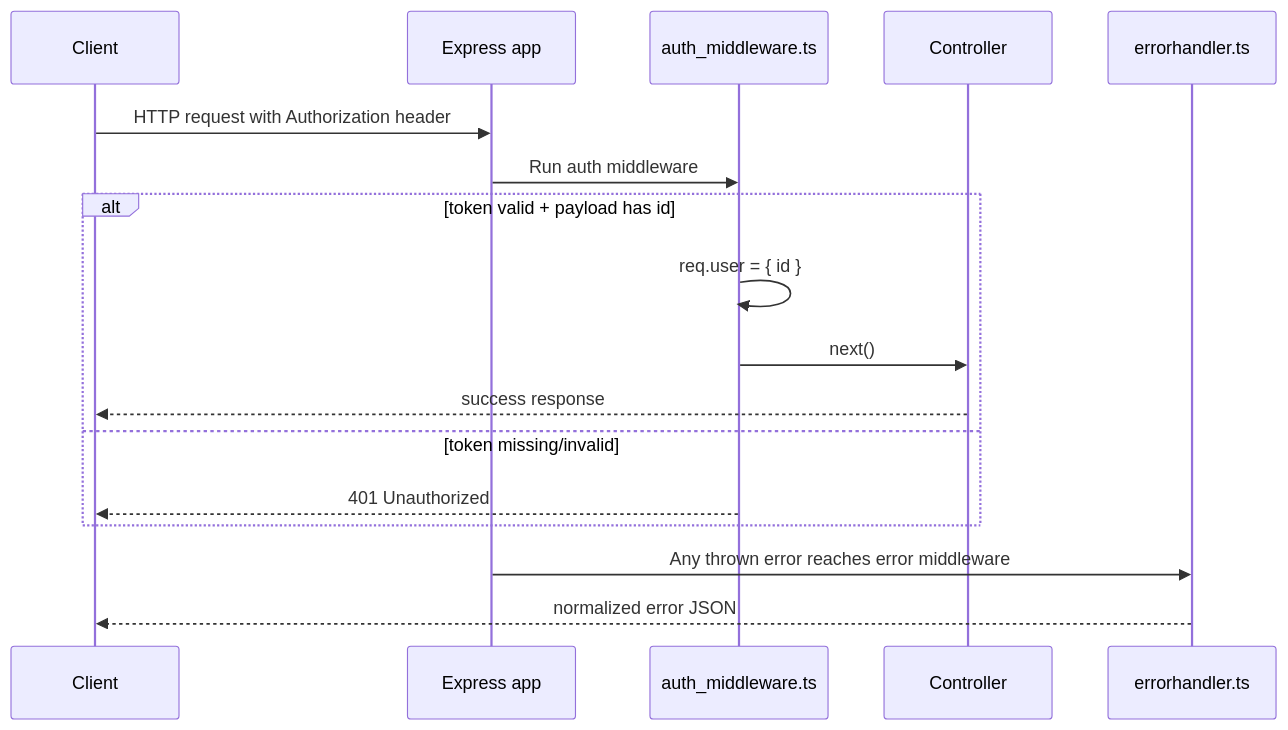
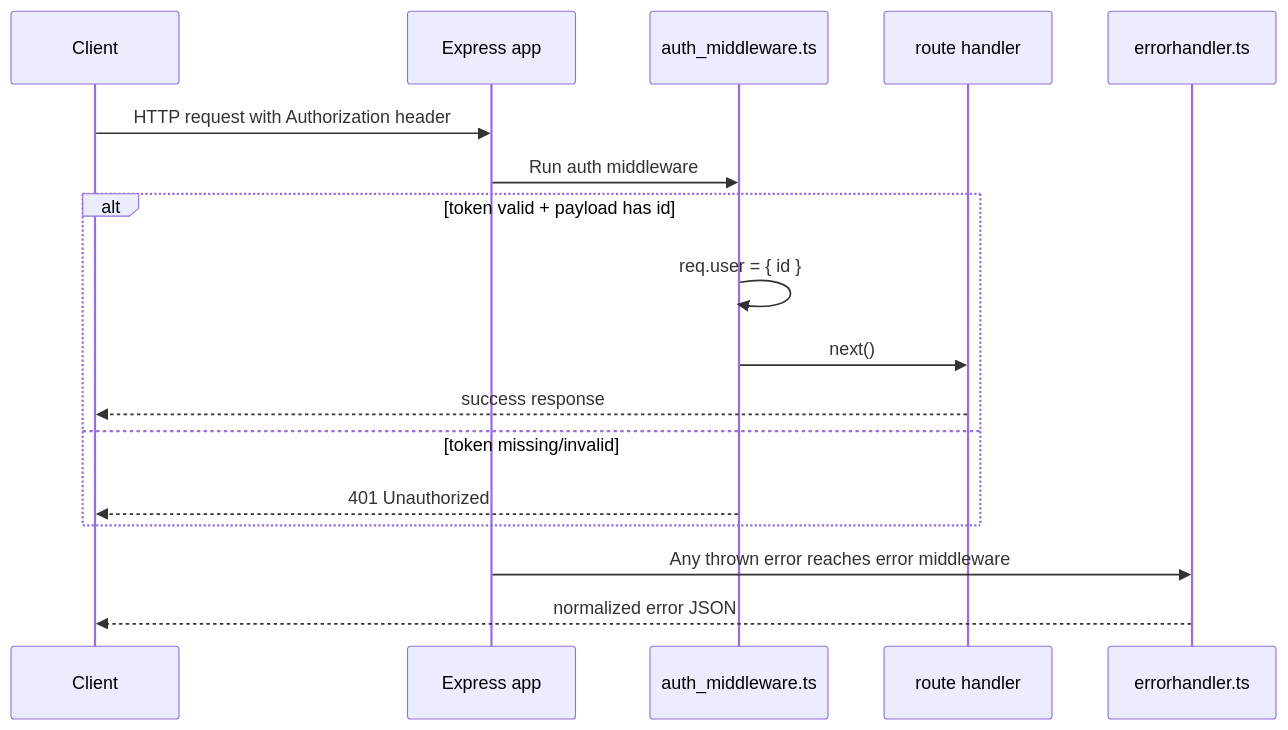
Before and after one commit to Ikwame91/contact_backend: the third of 4 diagrams in contact-backend-ts/explanation.md, drawn with Mermaid. The commit also changed other lines of this file and 8 other files, not shown here.

````diff
--- a/contact-backend-ts/explanation.md
+++ b/contact-backend-ts/explanation.md
@@ -128,21 +64,21 @@
 ```mermaid
 sequenceDiagram
     participant Client
     participant App as Express app
     participant Auth as auth_middleware.ts
-    participant Ctrl as Controller
+    participant Route as route handler
     participant Err as errorhandler.ts
 
     Client->>App: HTTP request with Authorization header
     App->>Auth: Run auth middleware
     alt token valid + payload has id
         Auth->>Auth: req.user = { id }
-        Auth->>Ctrl: next()
-        Ctrl-->>Client: success response
+        Auth->>Route: next()
+        Route-->>Client: success response
     else token missing/invalid
         Auth-->>Client: 401 Unauthorized
     end
 
     App->>Err: Any thrown error reaches error middleware
     Err-->>Client: normalized error JSON
 ```
````
